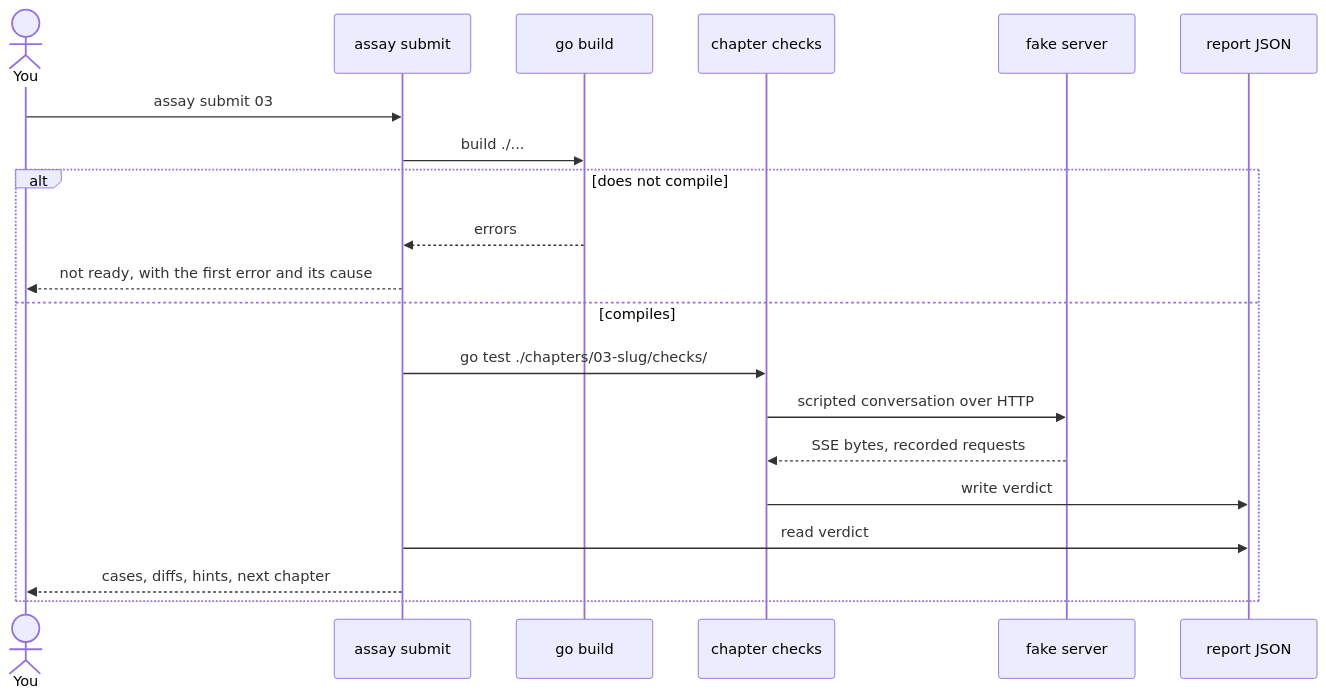
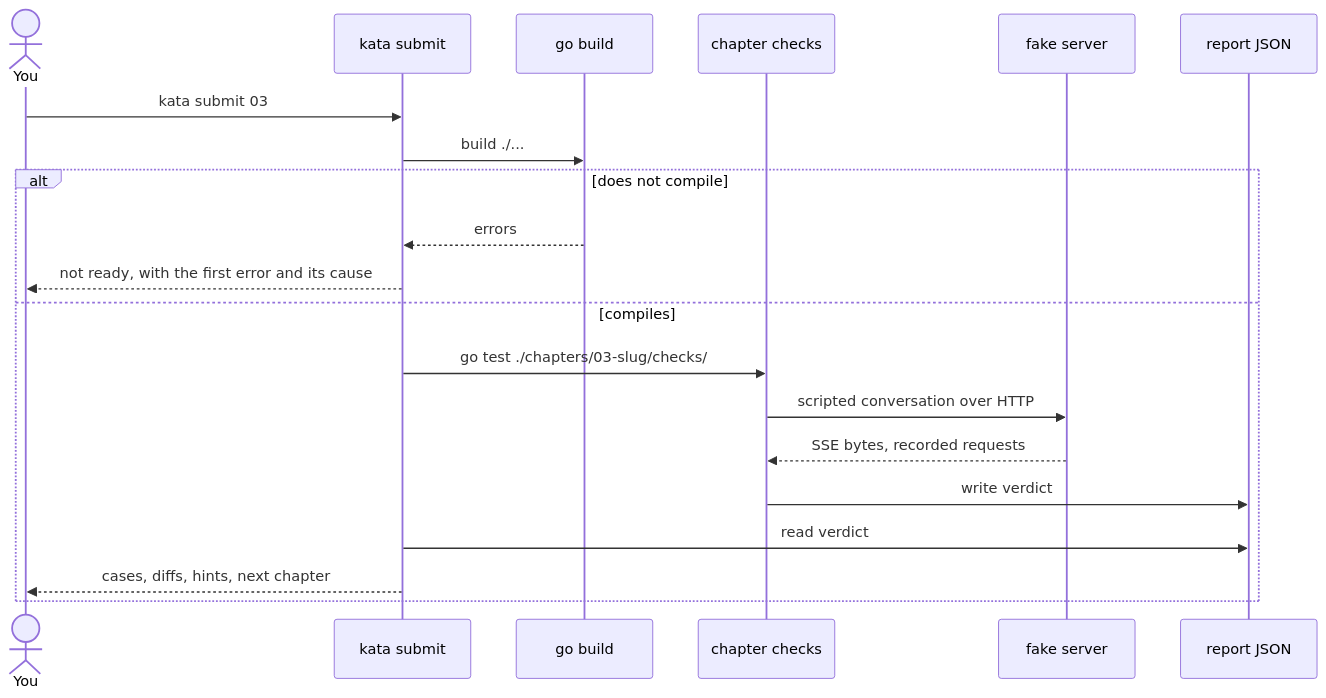
Before and after one commit to theakhandpatel/kata: the second of 5 diagrams in docs/architecture.md, drawn with Mermaid. The commit also changed other lines of this file and 32 other files, not shown here.

````diff
--- a/docs/architecture.md
+++ b/docs/architecture.md
@@ -60,23 +60,23 @@
 ```mermaid
 sequenceDiagram
     actor You
-    participant CLI as assay submit
+    participant CLI as kata submit
     participant Go as go build
     participant Test as chapter checks
     participant Fake as fake server
     participant Rep as report JSON
 
-    You->>CLI: assay submit 03
+    You->>CLI: kata submit 03
     CLI->>Go: build ./...
     alt does not compile
         Go-->>CLI: errors
         CLI-->>You: not ready, with the first error and its cause
     else compiles
         CLI->>Test: go test ./chapters/03-slug/checks/
         Test->>Fake: scripted conversation over HTTP
         Fake-->>Test: SSE bytes, recorded requests
         Test->>Rep: write verdict
         CLI->>Rep: read verdict
         CLI-->>You: cases, diffs, hints, next chapter
     end
 ```
````
